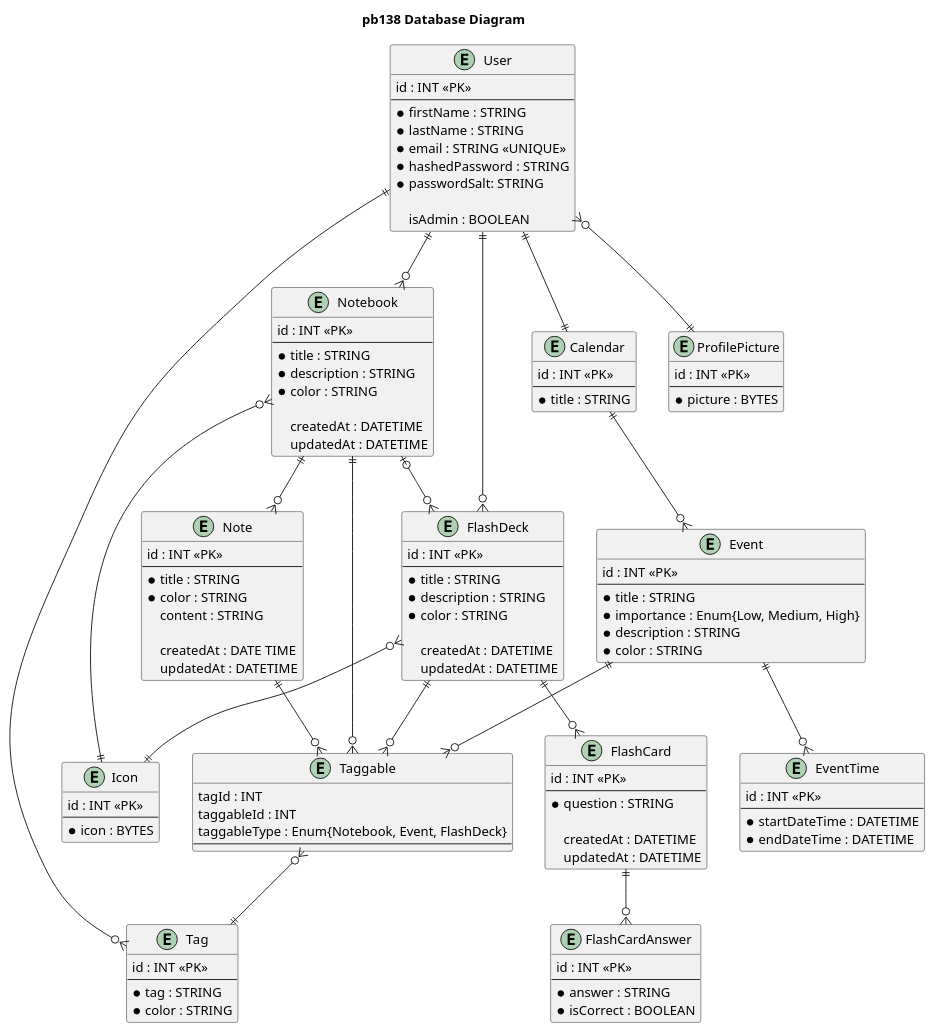
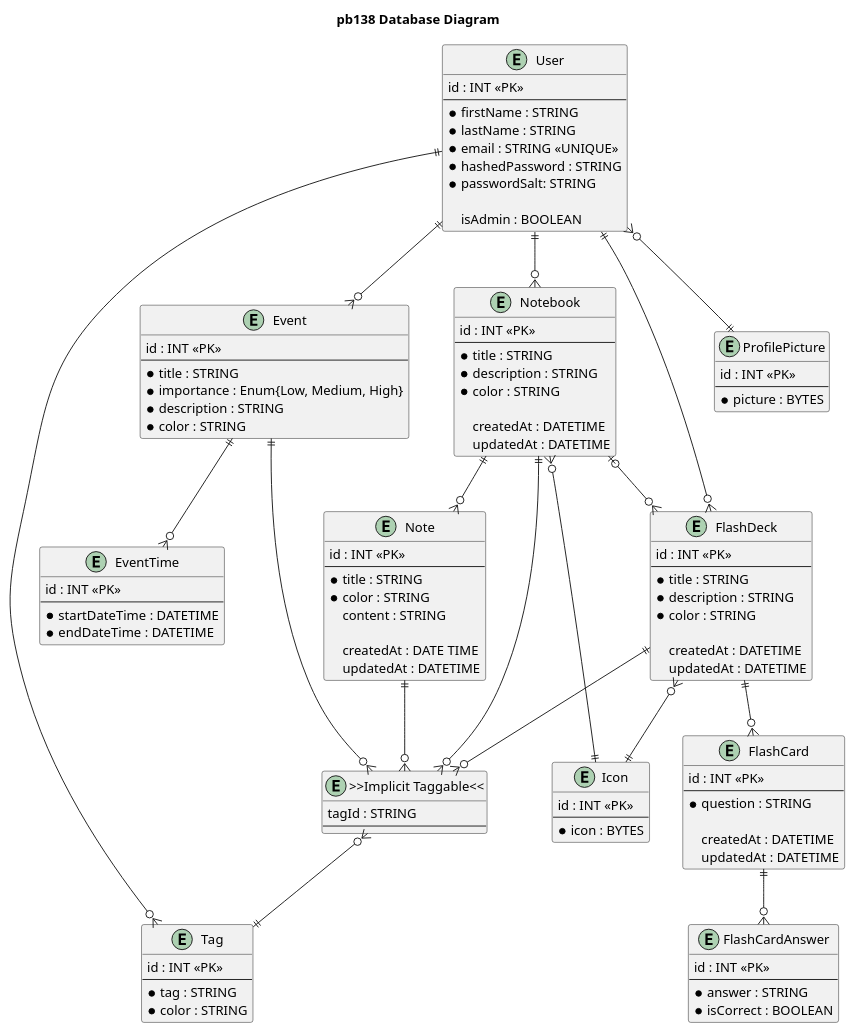
Before and after one commit to xbugar/web_dev: the diagram in backend/prisma/DataBaseConcept.puml, drawn with PlantUML. The commit also changed 7 other files, not shown here.

```diff
--- a/backend/prisma/DataBaseConcept.puml
+++ b/backend/prisma/DataBaseConcept.puml
@@ -1,134 +1,125 @@
 @startuml
 'skinparam shadowing false
 'skinparam linetype ortho
 title pb138 Database Diagram
 
 entity User {
     id : INT <<PK>>
     --
     * firstName : STRING
     * lastName : STRING
     * email : STRING <<UNIQUE>>
     * hashedPassword : STRING
     * passwordSalt: STRING
 
     isAdmin : BOOLEAN
 }
 
 entity ProfilePicture {
     id : INT <<PK>>
     --
     * picture : BYTES
 }
 
 entity Icon {
     id : INT <<PK>>
     --
     * icon : BYTES
 }
 
 entity Notebook {
     id : INT <<PK>>
     --
     * title : STRING
     * description : STRING
     * color : STRING
 
     createdAt : DATETIME
     updatedAt : DATETIME
 }
 
 entity Note {
     id : INT <<PK>>
     --
     * title : STRING
     * color : STRING
     content : STRING
 
     createdAt : DATE TIME
     updatedAt : DATETIME
-}
-
-entity Calendar {
-    id : INT <<PK>>
-    --
-    * title : STRING
 }
 
 entity Event {
     id : INT <<PK>>
     --
     * title : STRING
     * importance : Enum{Low, Medium, High}
     * description : STRING
     * color : STRING
 }
 
 entity EventTime {
     id : INT <<PK>>
     --
     * startDateTime : DATETIME
     * endDateTime : DATETIME
 }
 
 entity FlashDeck {
     id : INT <<PK>>
     --
     * title : STRING
     * description : STRING
     * color : STRING
 
     createdAt : DATETIME
     updatedAt : DATETIME
 }
 
 entity FlashCard {
     id : INT <<PK>>
     --
     * question : STRING
 
     createdAt : DATETIME
     updatedAt : DATETIME
 }
 
 entity FlashCardAnswer {
     id : INT <<PK>>
     --
     * answer : STRING
     * isCorrect : BOOLEAN
 }
 
 entity Tag {
     id : INT <<PK>>
     --
     * tag : STRING
     * color : STRING
 }
 
-entity Taggable {
-    tagId : INT
-    taggableId : INT
-    taggableType : Enum{Notebook, Event, FlashDeck}
+entity ">>Implicit Taggable<<" as implicit {
+    tagId : STRING
     --
 }
 
 User            }o--|| ProfilePicture
 User            ||--o{ Notebook
 Notebook        ||--o{ Note
-User            ||--|| Calendar
-Calendar        ||--o{ Event
+User            ||--o{ Event
 Event           ||--o{ EventTime
 User            ||--o{ FlashDeck
 FlashDeck       ||--o{ FlashCard
 FlashCard       ||--o{ FlashCardAnswer
 Notebook        |o--o{ FlashDeck
 Notebook        }o--|| Icon
 FlashDeck       }o--|| Icon
 User            ||-o{  Tag
-Notebook        ||--o{ Taggable
-FlashDeck       ||--o{ Taggable
-Event           ||--o{ Taggable
-Note            ||--o{ Taggable
-Taggable        }o--|| Tag
+Notebook        ||--o{ implicit
+FlashDeck       ||--o{ implicit
+Event           ||--o{ implicit
+Note            ||--o{ implicit
+implicit        }o--|| Tag
 
 @enduml
```
